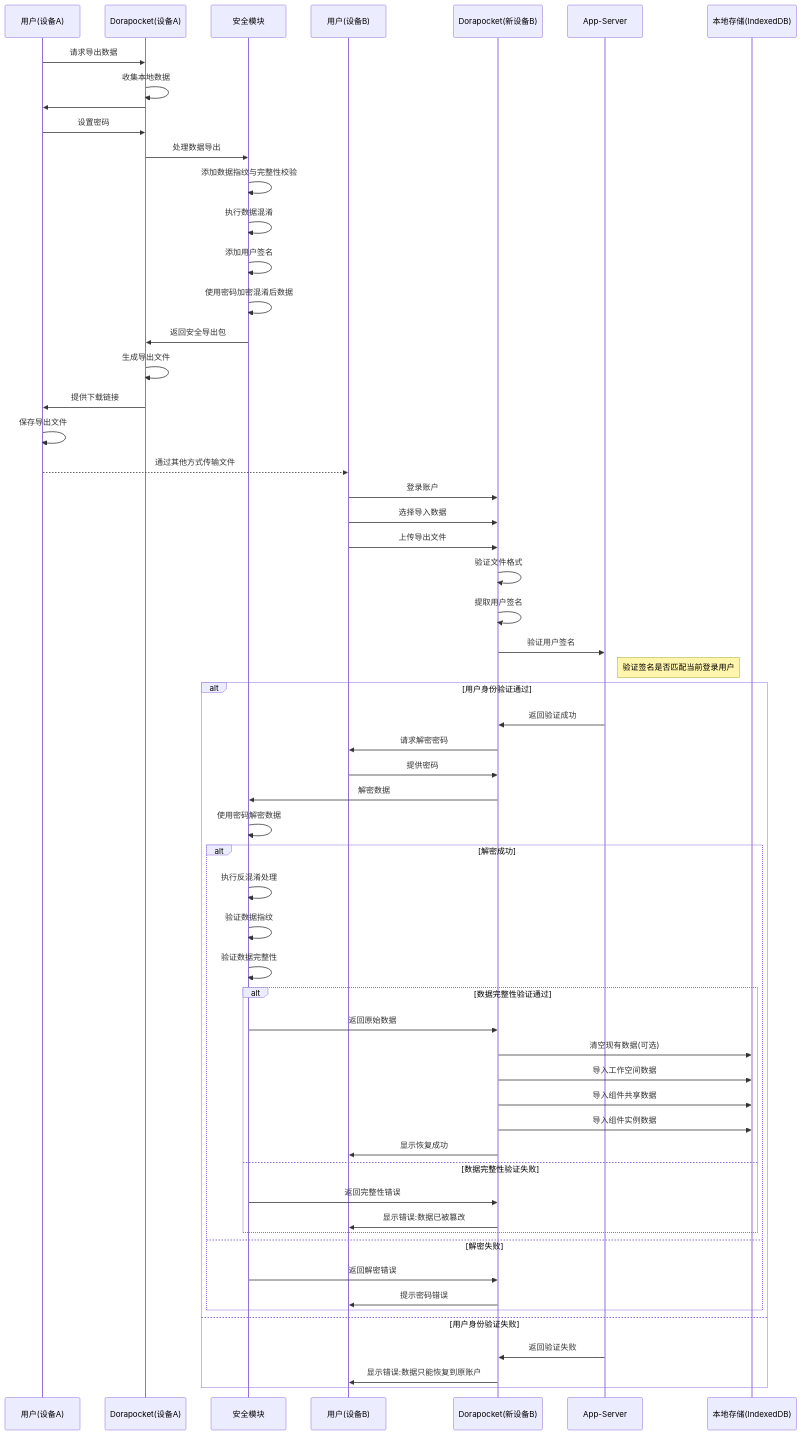
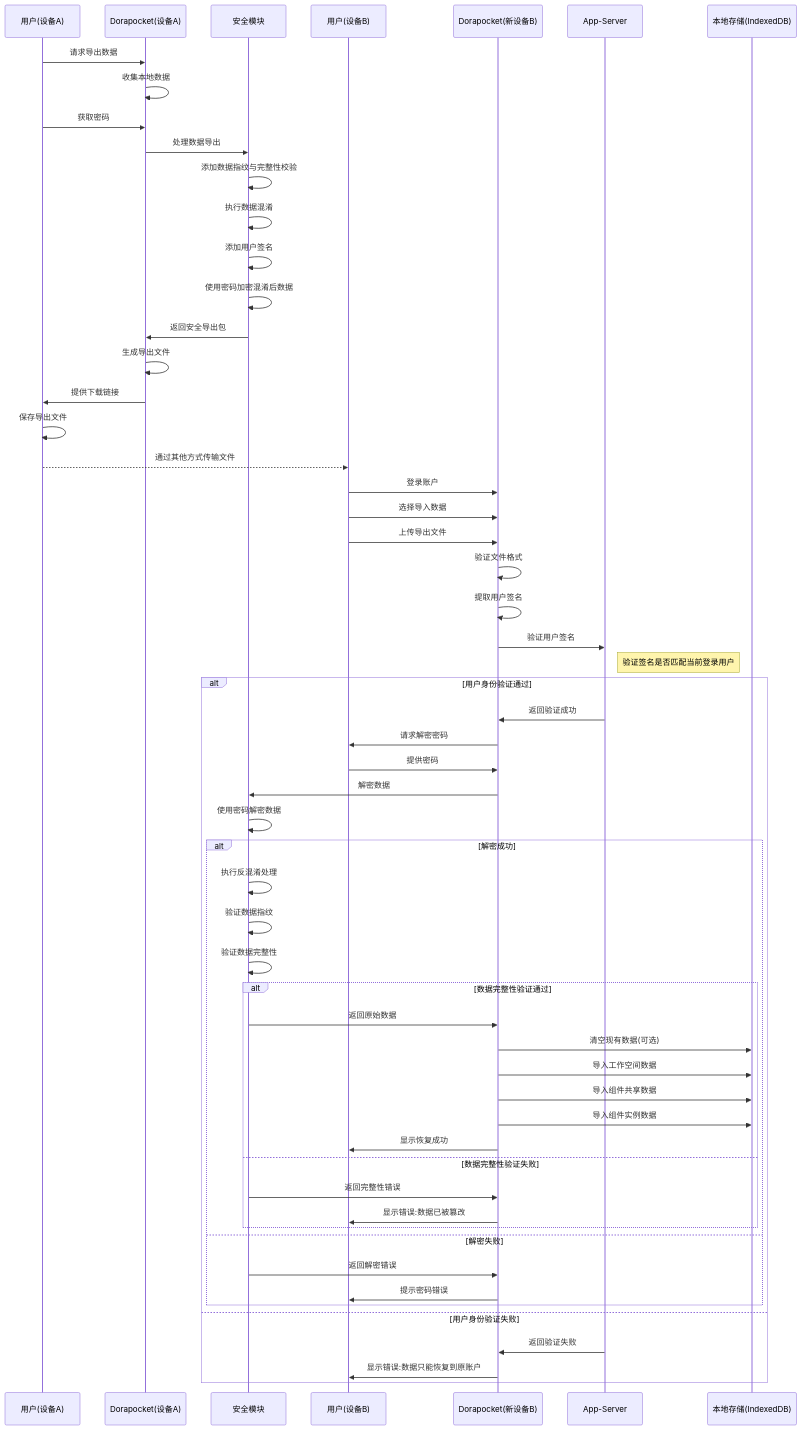
Before and after one commit to yingjianzh/iodraw-files: the diagram in all/未命名-34.md, drawn with Mermaid.

Commit message:
2025-04-17 16:47:16 update

````diff
--- a/all/未命名-34.md
+++ b/all/未命名-34.md
@@ -1,74 +1,73 @@
 ```mermaid
 sequenceDiagram
     participant UserOld as 用户(设备A)
     participant AppOld as Dorapocket(设备A)
     participant Security as 安全模块
     participant UserNew as 用户(设备B)
     participant AppNew as Dorapocket(新设备B)
     participant AppServer as App-Server
     participant LocalDB as 本地存储(IndexedDB)
     
     %% 导出流程
     UserOld->>AppOld: 请求导出数据
     AppOld->>AppOld: 收集本地数据
-    AppOld->>UserOld: 
-    UserOld->>AppOld: 设置密码
+    UserOld->>AppOld: 获取密码
     
     AppOld->>Security: 处理数据导出
     Security->>Security: 添加数据指纹与完整性校验
     Security->>Security: 执行数据混淆
     Security->>Security: 添加用户签名
     Security->>Security: 使用密码加密混淆后数据
     Security->>AppOld: 返回安全导出包
     
     AppOld->>AppOld: 生成导出文件
     AppOld->>UserOld: 提供下载链接
     UserOld->>UserOld: 保存导出文件
     
     %% 传输文件(由用户完成)
     UserOld-->>UserNew: 通过其他方式传输文件
     
     %% 恢复流程
     UserNew->>AppNew: 登录账户
     UserNew->>AppNew: 选择导入数据
     UserNew->>AppNew: 上传导出文件
     
     AppNew->>AppNew: 验证文件格式
     AppNew->>AppNew: 提取用户签名
     
     AppNew->>AppServer: 验证用户签名
     note right of AppServer: 验证签名是否匹配当前登录用户
     
     alt 用户身份验证通过
         AppServer->>AppNew: 返回验证成功
         AppNew->>UserNew: 请求解密密码
         UserNew->>AppNew: 提供密码
         
         AppNew->>Security: 解密数据
         Security->>Security: 使用密码解密数据
         
         alt 解密成功
             Security->>Security: 执行反混淆处理
             Security->>Security: 验证数据指纹
             Security->>Security: 验证数据完整性
             
             alt 数据完整性验证通过
                 Security->>AppNew: 返回原始数据
                 AppNew->>LocalDB: 清空现有数据(可选)
                 AppNew->>LocalDB: 导入工作空间数据
                 AppNew->>LocalDB: 导入组件共享数据
                 AppNew->>LocalDB: 导入组件实例数据
                 AppNew->>UserNew: 显示恢复成功
             else 数据完整性验证失败
                 Security->>AppNew: 返回完整性错误
                 AppNew->>UserNew: 显示错误:数据已被篡改
             end
         else 解密失败
             Security->>AppNew: 返回解密错误
             AppNew->>UserNew: 提示密码错误
         end
     else 用户身份验证失败
         AppServer->>AppNew: 返回验证失败
         AppNew->>UserNew: 显示错误:数据只能恢复到原账户
     end
 ```
````
